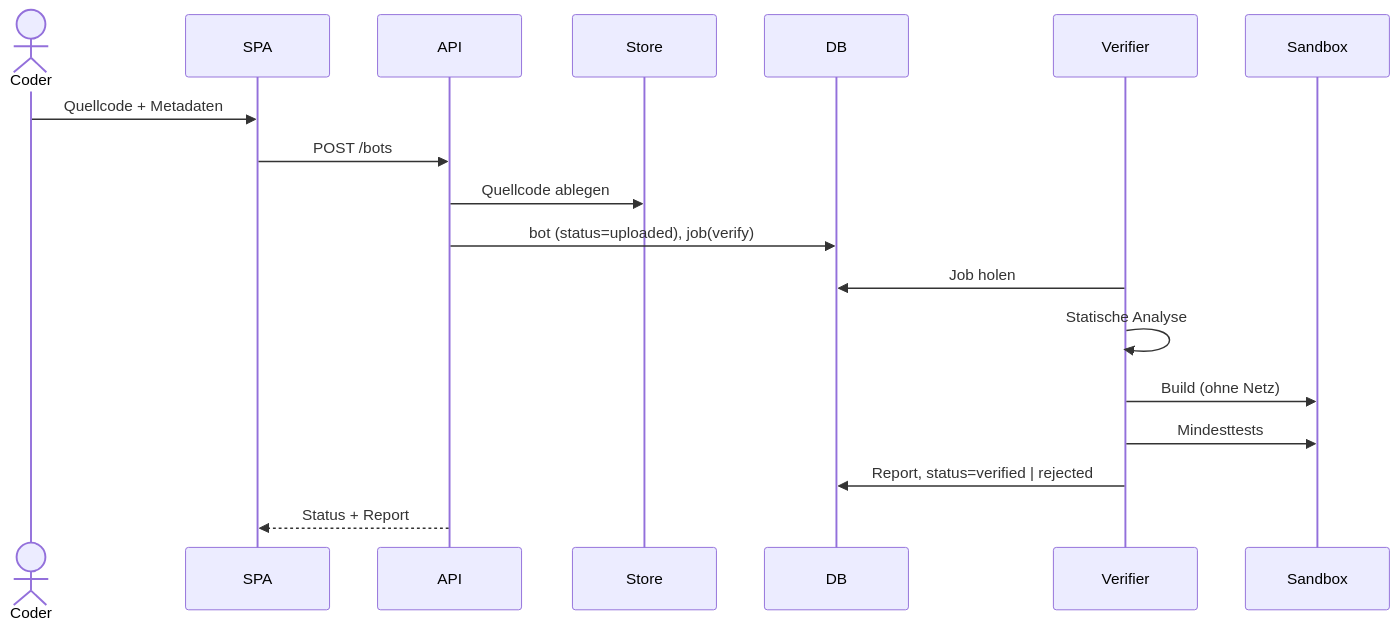
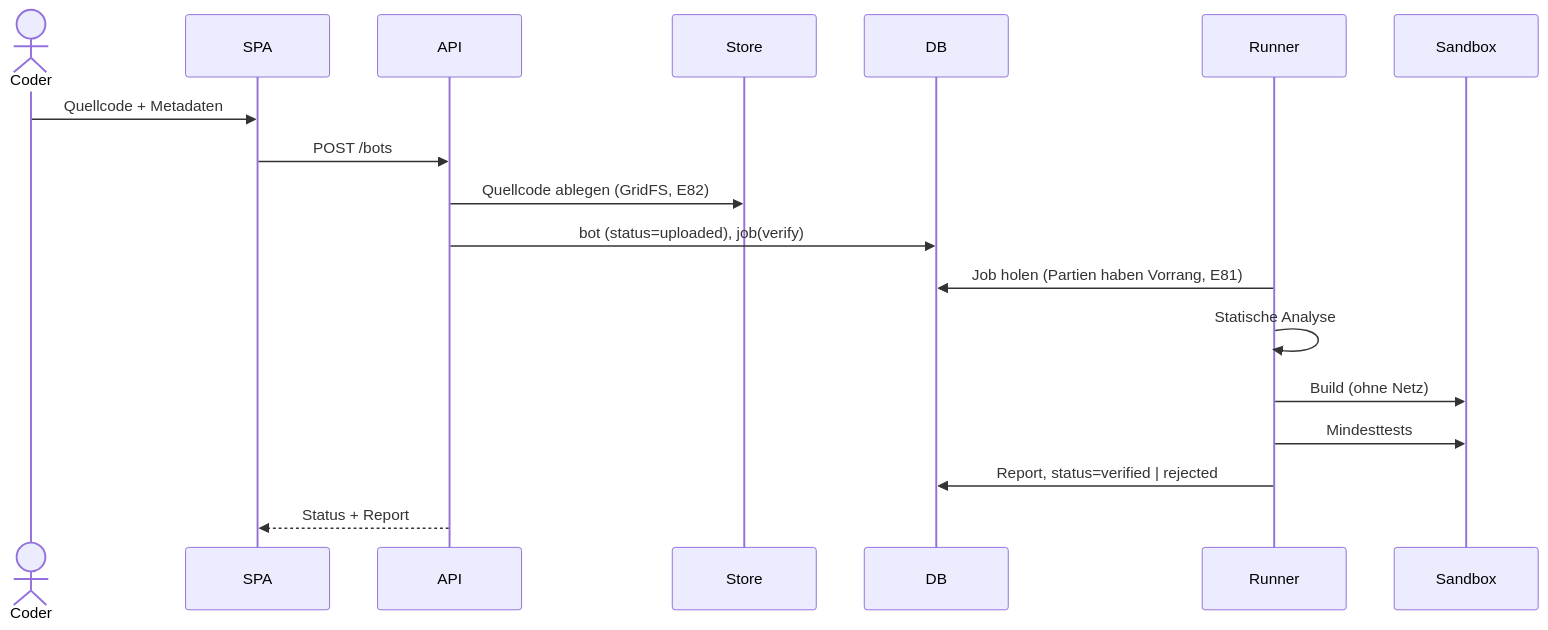
The first of 2 diagrams in docs/architektur/ablaeufe.md (DevTGP/SchachBotManager), drawn with Mermaid before and after one commit. The commit also changed 5 other files, not shown here.

````diff
--- a/docs/architektur/ablaeufe.md
+++ b/docs/architektur/ablaeufe.md
@@ -5,14 +5,14 @@
 ```mermaid
 sequenceDiagram
   actor Coder
   Coder->>SPA: Quellcode + Metadaten
   SPA->>API: POST /bots
-  API->>Store: Quellcode ablegen
+  API->>Store: Quellcode ablegen (GridFS, E82)
   API->>DB: bot (status=uploaded), job(verify)
-  Verifier->>DB: Job holen
-  Verifier->>Verifier: Statische Analyse
-  Verifier->>Sandbox: Build (ohne Netz)
-  Verifier->>Sandbox: Mindesttests
-  Verifier->>DB: Report, status=verified | rejected
+  Runner->>DB: Job holen (Partien haben Vorrang, E81)
+  Runner->>Runner: Statische Analyse
+  Runner->>Sandbox: Build (ohne Netz)
+  Runner->>Sandbox: Mindesttests
+  Runner->>DB: Report, status=verified | rejected
   API-->>SPA: Status + Report
 ```
````
